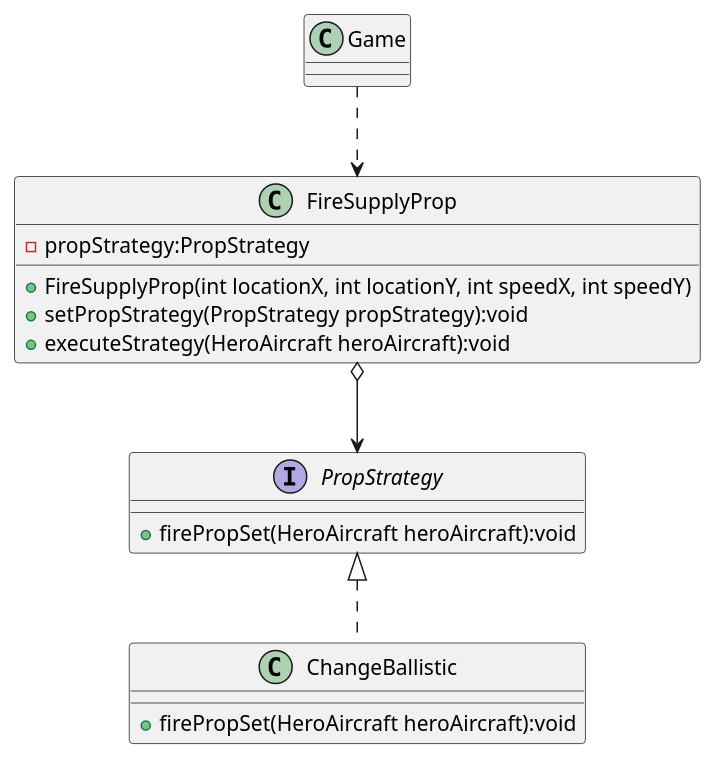
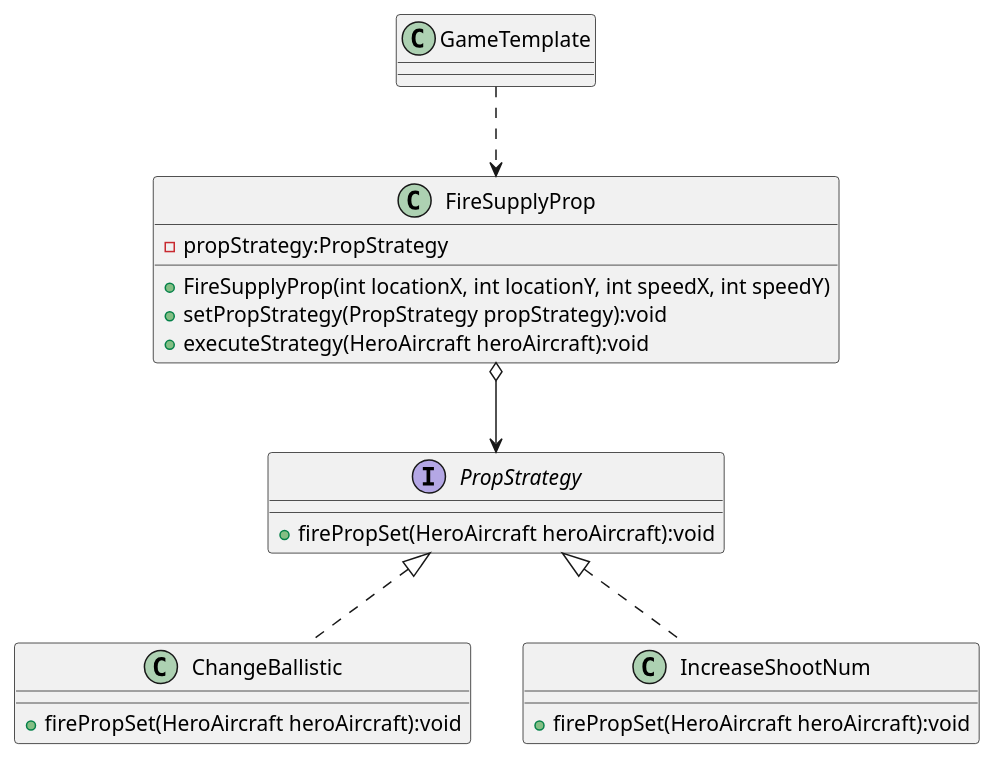
One commit to Straho-Chen/AircraftWar-base changed the diagram in uml/FireSupplyPropStrategy.puml. Above: the diagram before and after it, drawn with PlantUML. The commit also changed 35 other files, not shown here.

```diff
--- a/uml/FireSupplyPropStrategy.puml
+++ b/uml/FireSupplyPropStrategy.puml
@@ -1,27 +1,32 @@
 @startuml
 'https://plantuml.com/class-diagram
 
-class Game {}
+class GameTemplate {}
 
 class FireSupplyProp {
     - propStrategy:PropStrategy
     + FireSupplyProp(int locationX, int locationY, int speedX, int speedY)
     + setPropStrategy(PropStrategy propStrategy):void
     + executeStrategy(HeroAircraft heroAircraft):void
 }
 
 interface PropStrategy {
     + firePropSet(HeroAircraft heroAircraft):void
 }
 
 class ChangeBallistic {
     + firePropSet(HeroAircraft heroAircraft):void
 }
 
-Game ..> FireSupplyProp
+class IncreaseShootNum {
+    + firePropSet(HeroAircraft heroAircraft):void
+}
+
+GameTemplate ..> FireSupplyProp
 
 FireSupplyProp o--> PropStrategy
 
 PropStrategy <|.. ChangeBallistic
+PropStrategy <|.. IncreaseShootNum
 
 @enduml
```
